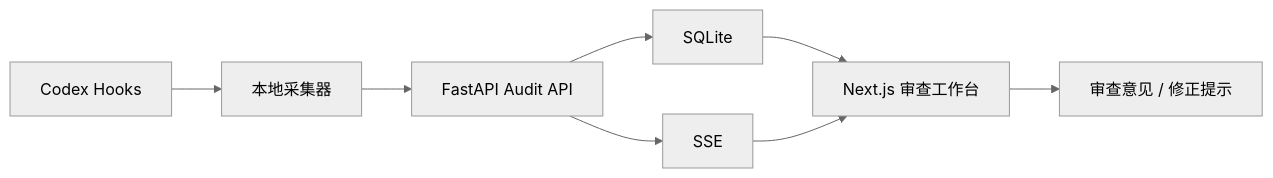
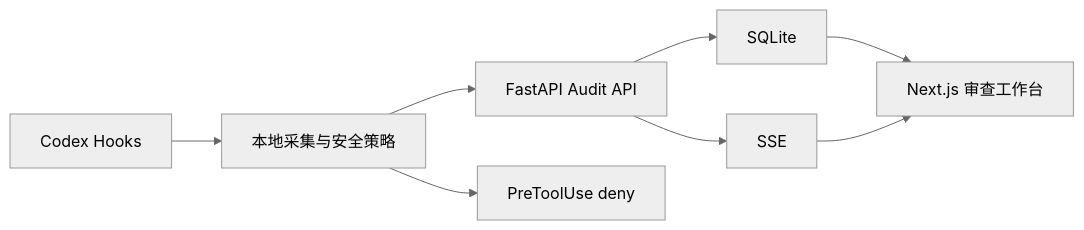
One commit to sorenjing/EvolveTrace changed the diagram in README.md. Above: the diagram before and after it, drawn with Mermaid (neutral theme). The commit also changed other lines of this file, not shown here.

````diff
--- a/README.md
+++ b/README.md
@@ -86,10 +55,10 @@
 ```mermaid
 flowchart LR
-    A["Codex Hooks"] --> B["本地采集器"]
+    A["Codex Hooks"] --> B["本地采集与安全策略"]
     B --> C["FastAPI Audit API"]
-    C --> D["SQLite"]
-    C --> E["SSE"]
-    D --> F["Next.js 审查工作台"]
-    E --> F
-    F --> G["审查意见 / 修正提示"]
+    B --> D["PreToolUse deny"]
+    C --> E["SQLite"]
+    C --> F["SSE"]
+    E --> G["Next.js 审查工作台"]
+    F --> G
 ```
````
